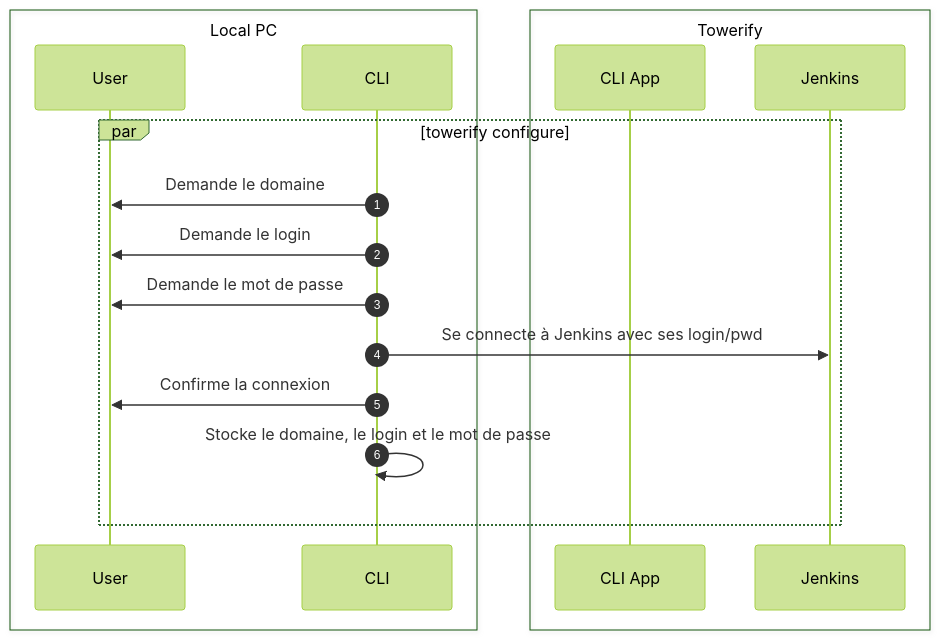
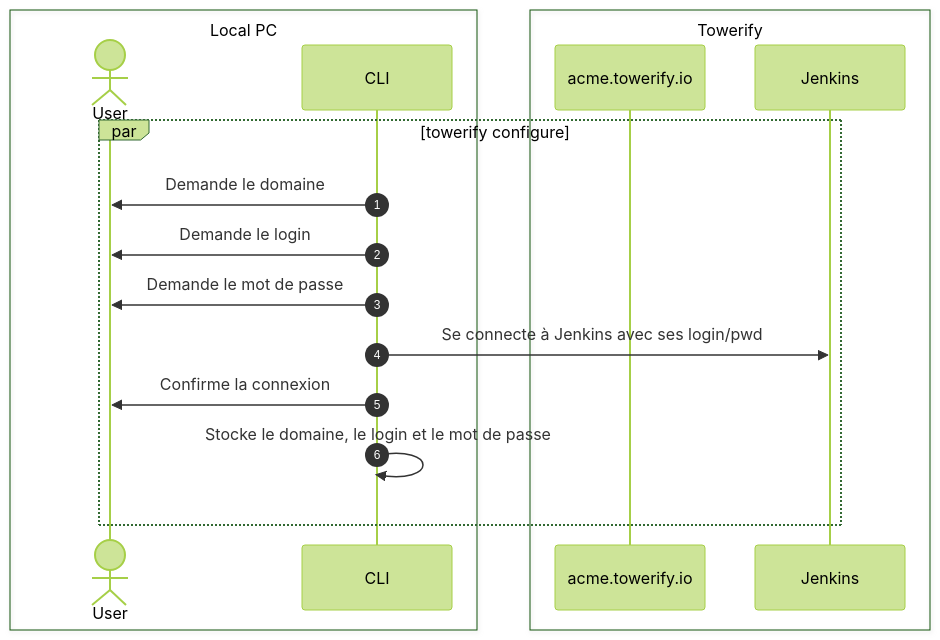
The second of 4 diagrams in docs/cli/interne/coder.md (computablefacts/towerify-docs), drawn with Mermaid (forest theme) before and after one commit. The commit also changed other lines of this file, not shown here.

Commit message:
Update CLI needed behaviors

````diff
--- a/docs/cli/interne/coder.md
+++ b/docs/cli/interne/coder.md
@@ -101,24 +128,24 @@
 ``` mermaid
 sequenceDiagram
   autonumber
   box Local PC
-    participant User
+    actor User
     participant CLI
   end
 
   box Towerify
-    participant AppCLI as CLI App
+    participant AppCLI as acme.towerify.io
     participant Jenkins
   end
 
   par towerify configure
     CLI ->> User: Demande le domaine
     CLI ->> User: Demande le login
     CLI ->> User: Demande le mot de passe
 
     CLI ->> Jenkins: Se connecte à Jenkins avec ses login/pwd
     CLI ->> User: Confirme la connexion
 
     CLI ->> CLI: Stocke le domaine, le login et le mot de passe
   end
 ```
````
